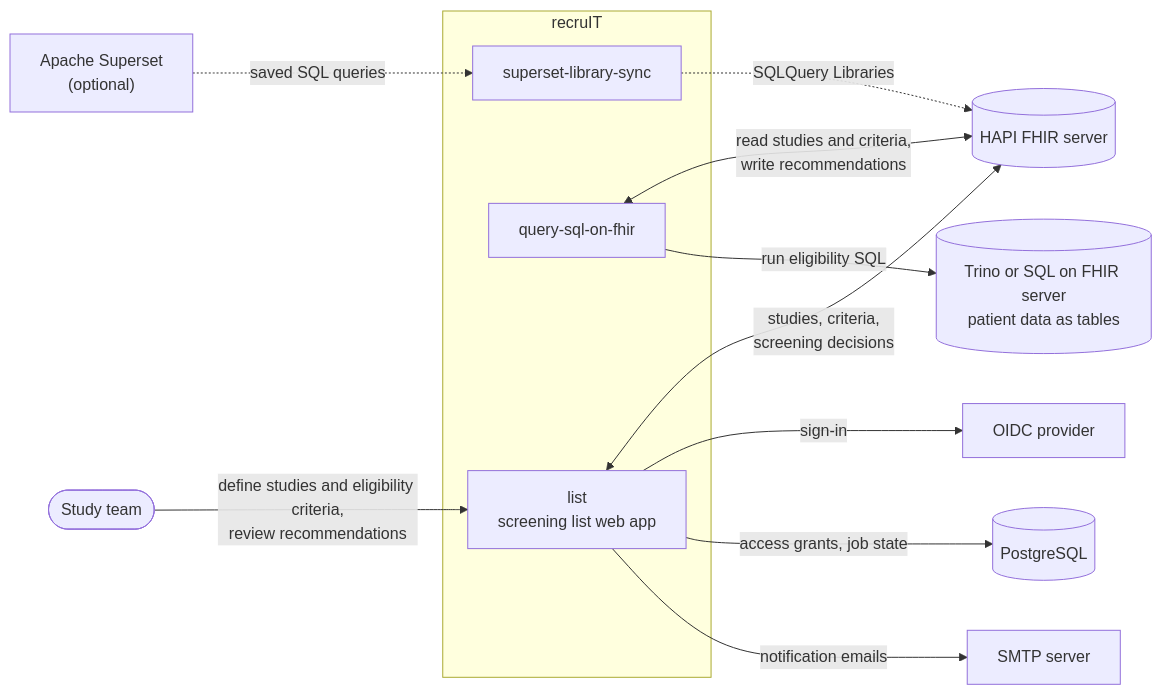
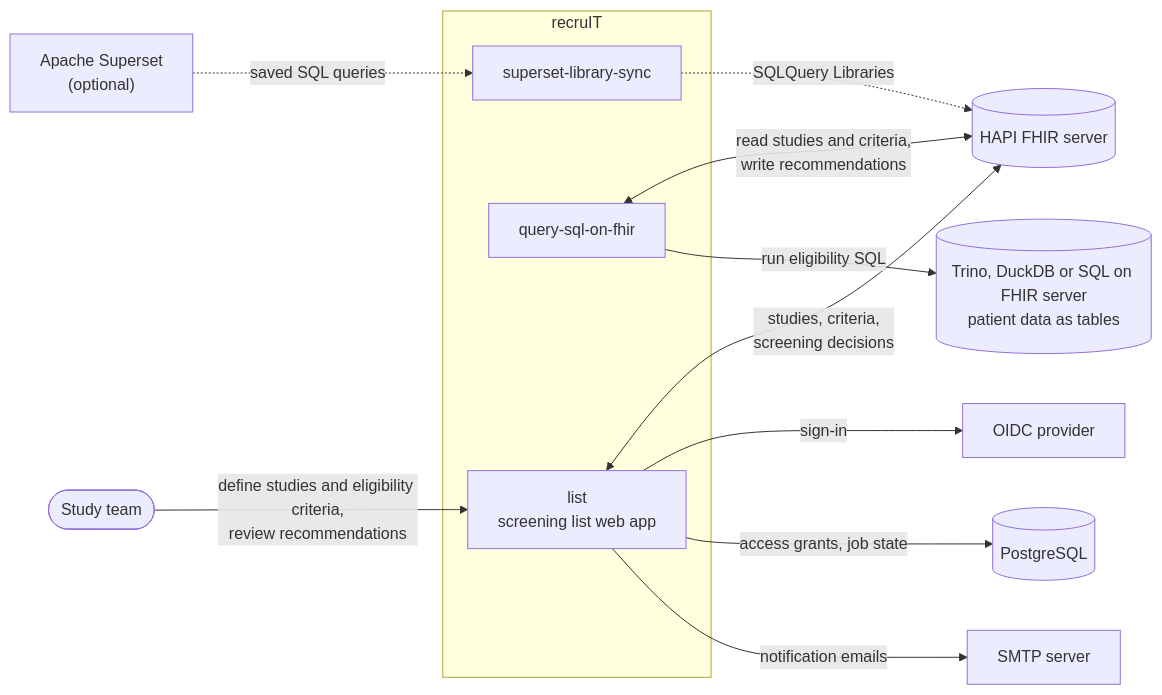
The diagram in docs/index.md (miracum/recruit), drawn with Mermaid before and after one commit. The commit also changed other lines of this file and 120 other files, not shown here.

````diff
--- a/docs/index.md
+++ b/docs/index.md
@@ -65,27 +79,27 @@
 ```mermaid
 flowchart LR
     team(["Study team"])
 
     subgraph recruit["recruIT"]
         list["list<br/>screening list web app"]
         query["query-sql-on-fhir"]
         sync["superset-library-sync"]
     end
 
     fhir[("HAPI FHIR server")]
-    sql[("Trino or SQL on FHIR server<br/>patient data as tables")]
+    sql[("Trino, DuckDB or SQL on FHIR server<br/>patient data as tables")]
     superset["Apache Superset<br/>(optional)"]
     db[("PostgreSQL")]
     smtp["SMTP server"]
     oidc["OIDC provider"]
 
     team -->|"define studies and eligibility criteria,<br/>review recommendations"| list
     list <-->|"studies, criteria,<br/>screening decisions"| fhir
     query <-->|"read studies and criteria,<br/>write recommendations"| fhir
     query -->|"run eligibility SQL"| sql
     superset -.->|"saved SQL queries"| sync
     sync -.->|"SQLQuery Libraries"| fhir
     list -->|"sign-in"| oidc
     list -->|"access grants, job state"| db
     list -->|"notification emails"| smtp
 ```
````
